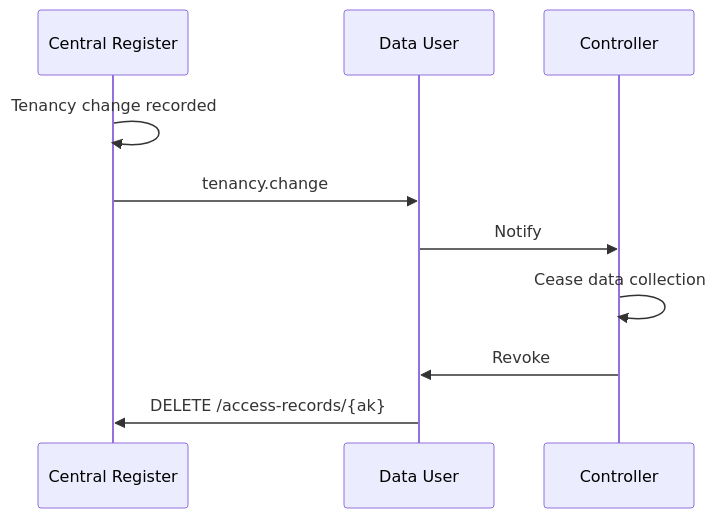
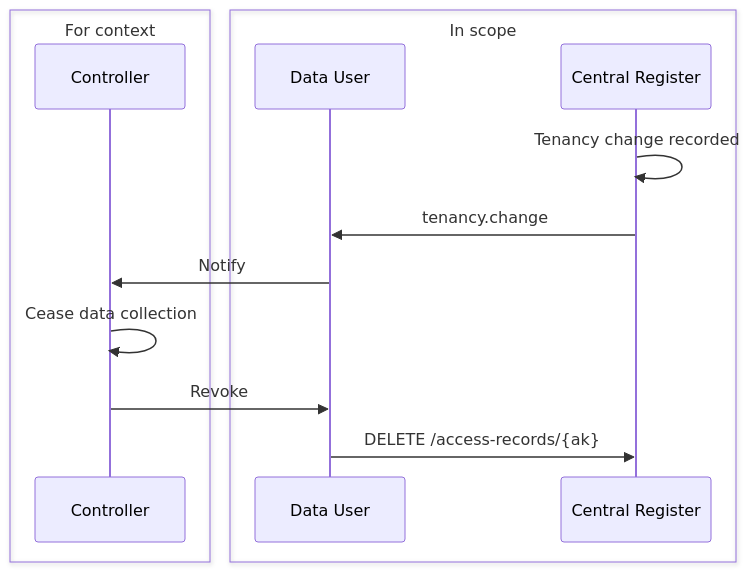
Before and after one commit to AuthEnergy/DAR: the fourth of 4 diagrams in docs/index.mdx, drawn with Mermaid. The commit also changed other lines of this file, not shown here.

First line of the commit message:
Update DAR docs: clarify flows & webhooks

````diff
--- a/docs/index.mdx
+++ b/docs/index.mdx
@@ -99,13 +113,17 @@
 ```mermaid
 sequenceDiagram
-    participant Central Register
-    participant Data User
-    participant Controller
- 
-    Central Register->>Central Register: Tenancy change recorded
-    Central Register->>Data User: tenancy.change
-    Data User->>Controller: Notify
+    box For context
+        participant Controller
+    end
+    box In scope
+        participant DU as Data User
+        participant CR as Central Register
+    end
+
+    CR->>CR: Tenancy change recorded
+    CR->>DU: tenancy.change
+    DU->>Controller: Notify
     Controller->>Controller: Cease data collection
-    Controller->>Data User: Revoke
-    Data User->>Central Register: DELETE /access-records/{ak}
+    Controller->>DU: Revoke
+    DU->>CR: DELETE /access-records/{ak}
 ```
````
